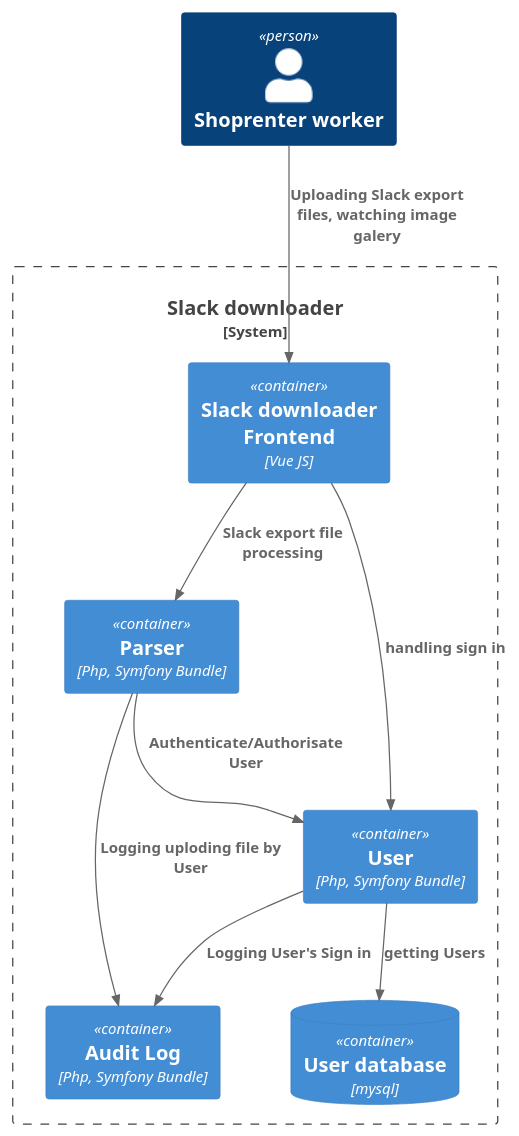
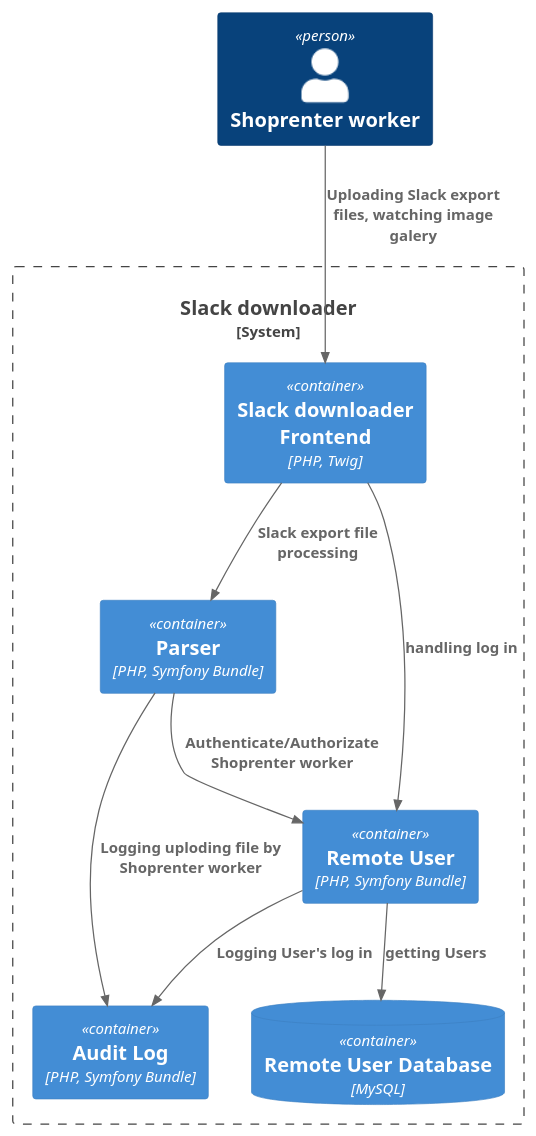
One commit to ngabesz/slackdownloader changed the second of 3 diagrams in doc/slack_downloader.adoc. Above: the diagram before and after it, drawn with PlantUML. The commit also changed other lines of this file, not shown here.

```diff
--- a/doc/slack_downloader.adoc
+++ b/doc/slack_downloader.adoc
@@ -130,21 +130,21 @@
 [plantuml]
 ----
 !include https://raw.githubusercontent.com/plantuml-stdlib/C4-PlantUML/master/C4_Container.puml
 
 Person(worker, "Shoprenter worker")
 System_Boundary(slackDownloader, "Slack downloader") {
-    Container(SDFrontend, 'Slack downloader Frontend', 'Vue JS')
-    Container(parser, Parser, 'Php, Symfony Bundle')
-    Container(user, User, 'Php, Symfony Bundle')
-    ContainerDb(userDb, User database, mysql)
-    Container(auditLog, 'Audit Log', 'Php, Symfony Bundle')
+    Container(SDFrontend, 'Slack downloader Frontend', 'PHP, Twig')
+    Container(parser, Parser, 'PHP, Symfony Bundle')
+    Container(remoteUser, Remote User, 'PHP, Symfony Bundle')
+    ContainerDb(userDb, Remote User Database, MySQL)
+    Container(auditLog, 'Audit Log', 'PHP, Symfony Bundle')
 }
 
 Rel(worker, SDFrontend, 'Uploading Slack export files, watching image galery')
 Rel(SDFrontend, parser, 'Slack export file processing')
-Rel(SDFrontend, user, 'handling sign in')
-Rel(parser, user, 'Authenticate/Authorisate User')
-Rel(user, userDb, 'getting Users')
-Rel(parser, auditLog, 'Logging uploding file by User')
-Rel(user, auditLog, "Logging User's Sign in")
+Rel(SDFrontend, remoteUser, 'handling log in')
+Rel(parser, remoteUser, 'Authenticate/Authorizate Shoprenter worker')
+Rel(remoteUser, userDb, 'getting Users')
+Rel(parser, auditLog, 'Logging uploding file by Shoprenter worker')
+Rel(remoteUser, auditLog, "Logging User's log in")
 ----
```
